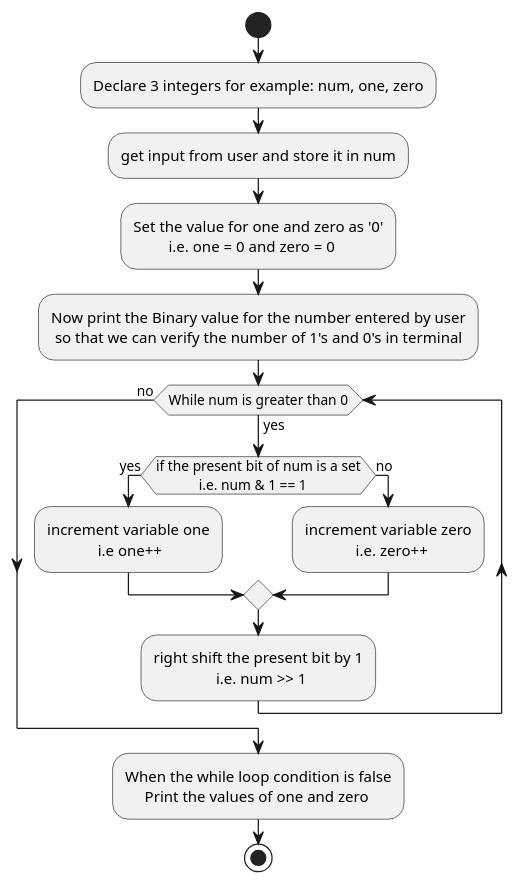
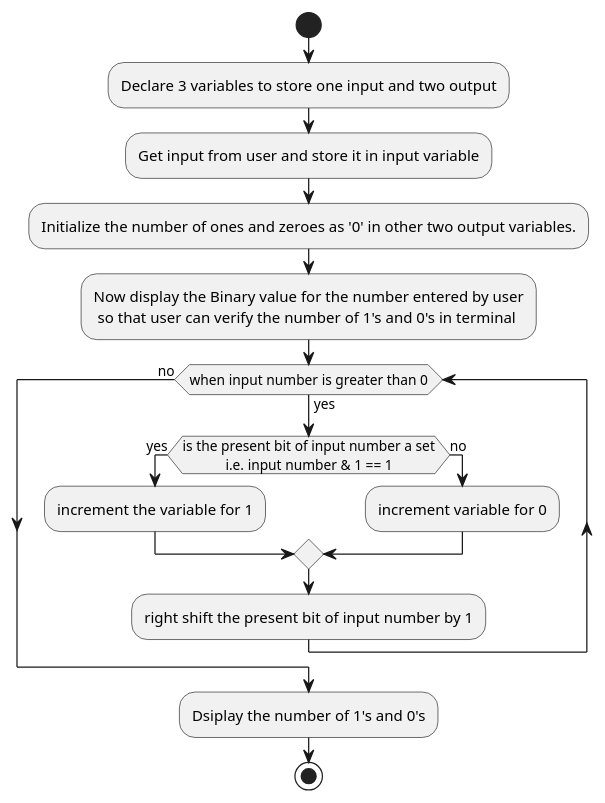
One commit to Pranau-R/Binary-Zeros-Ones-of-Decimal-Number changed the diagram in assets/Binary-Zeros-Ones-of-Decimal-Number.plantuml. Above: the diagram before and after it, drawn with PlantUML. The commit also changed 5 other files, not shown here.

```diff
--- a/assets/Binary-Zeros-Ones-of-Decimal-Number.plantuml
+++ b/assets/Binary-Zeros-Ones-of-Decimal-Number.plantuml
@@ -1,27 +1,22 @@
 @startuml
 
 start
 
-:Declare 3 integers for example: num, one, zero;
-:get input from user and store it in num;
-:Set the value for one and zero as '0'
-         i.e. one = 0 and zero = 0;
-:Now print the Binary value for the number entered by user
- so that we can verify the number of 1's and 0's in terminal;
-while (While num is greater than 0) is (yes)
-    if (if the present bit of num is a set\n            i.e. num & 1 == 1) then (yes)
-    :increment variable one
-                 i.e one++;
+:Declare 3 variables to store one input and two output;
+:Get input from user and store it in input variable;
+:Initialize the number of ones and zeroes as '0' in other two output variables.;
+:Now display the Binary value for the number entered by user
+ so that user can verify the number of 1's and 0's in terminal;
+while (when input number is greater than 0) is (yes)
+    if (is the present bit of input number a set\n            i.e. input number & 1 == 1) then (yes)
+    :increment the variable for 1;
     else (no)
-    :increment variable zero
-                 i.e. zero++;
+    :increment variable for 0;
     endif
-:right shift the present bit by 1
-                i.e. num >> 1;
+:right shift the present bit of input number by 1;
 endwhile (no)
-:When the while loop condition is false
-     Print the values of one and zero;
+:Dsiplay the number of 1's and 0's;
 
 stop
 
 @enduml
```
